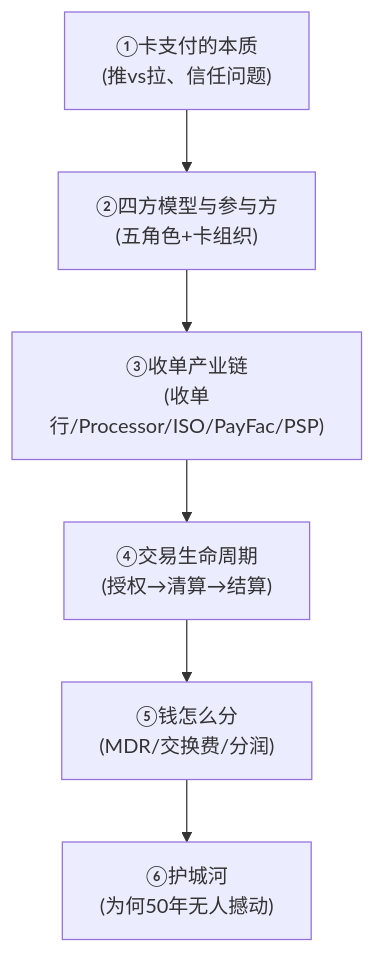
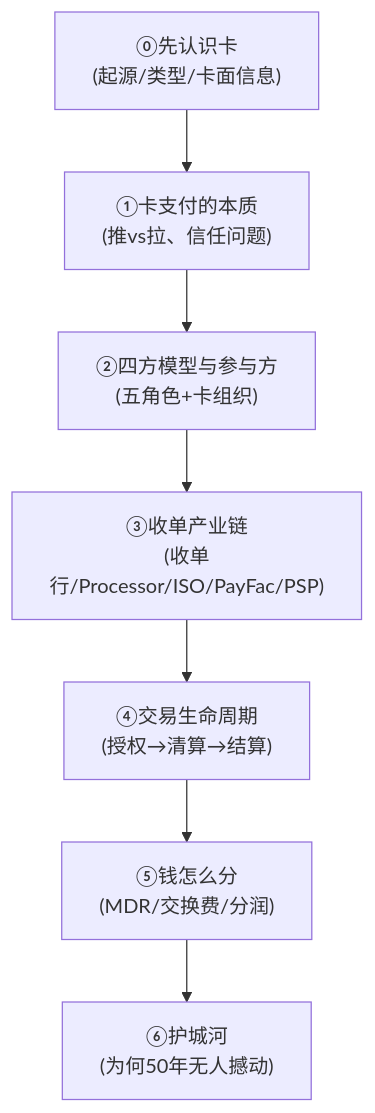
One commit to loong-ju/tech-research changed the first of 22 diagrams in payment/card-payment/01-cards-business.md. Above: the diagram before and after it, drawn with Mermaid. The commit also changed other lines of this file, not shown here.

First line of the commit message:
01-cards-business §1.5:先认识银行卡(起源/类型/卡面信息)

````diff
--- a/payment/card-payment/01-cards-business.md
+++ b/payment/card-payment/01-cards-business.md
@@ -19,8 +19,9 @@
 ```mermaid
 flowchart TB
-    A["①卡支付的本质<br/>(推vs拉、信任问题)"] --> B["②四方模型与参与方<br/>(五角色+卡组织)"]
+    Z["⓪先认识卡<br/>(起源/类型/卡面信息)"] --> A["①卡支付的本质<br/>(推vs拉、信任问题)"]
+    A --> B["②四方模型与参与方<br/>(五角色+卡组织)"]
     B --> C["③收单产业链<br/>(收单行/Processor/ISO/PayFac/PSP)"]
     C --> D["④交易生命周期<br/>(授权→清算→结算)"]
     D --> E["⑤钱怎么分<br/>(MDR/交换费/分润)"]
     E --> F["⑥护城河<br/>(为何50年无人撼动)"]
 ```
````
